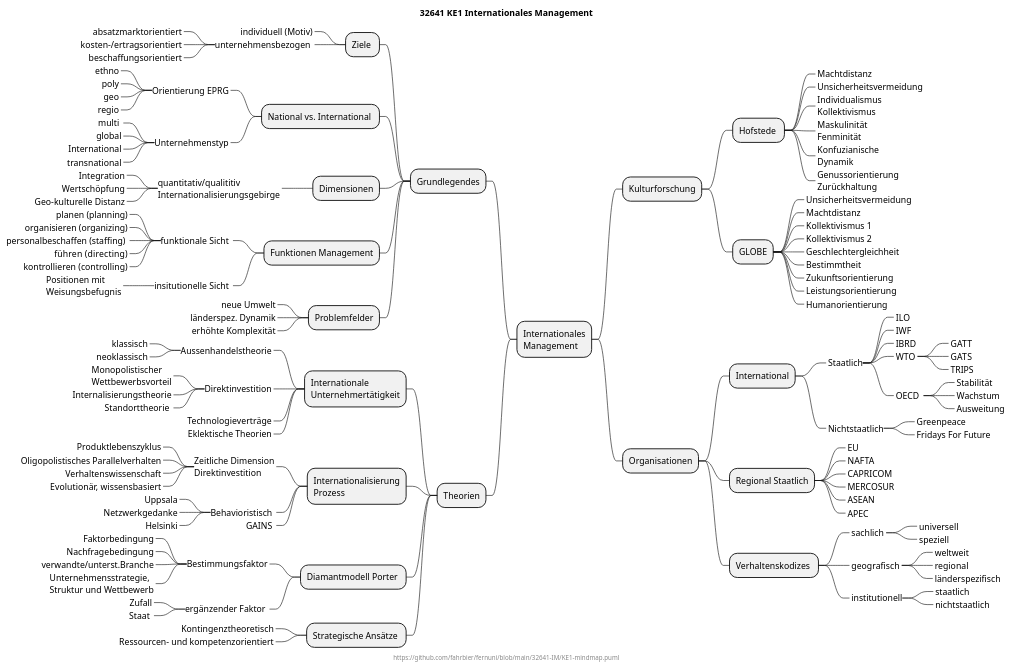
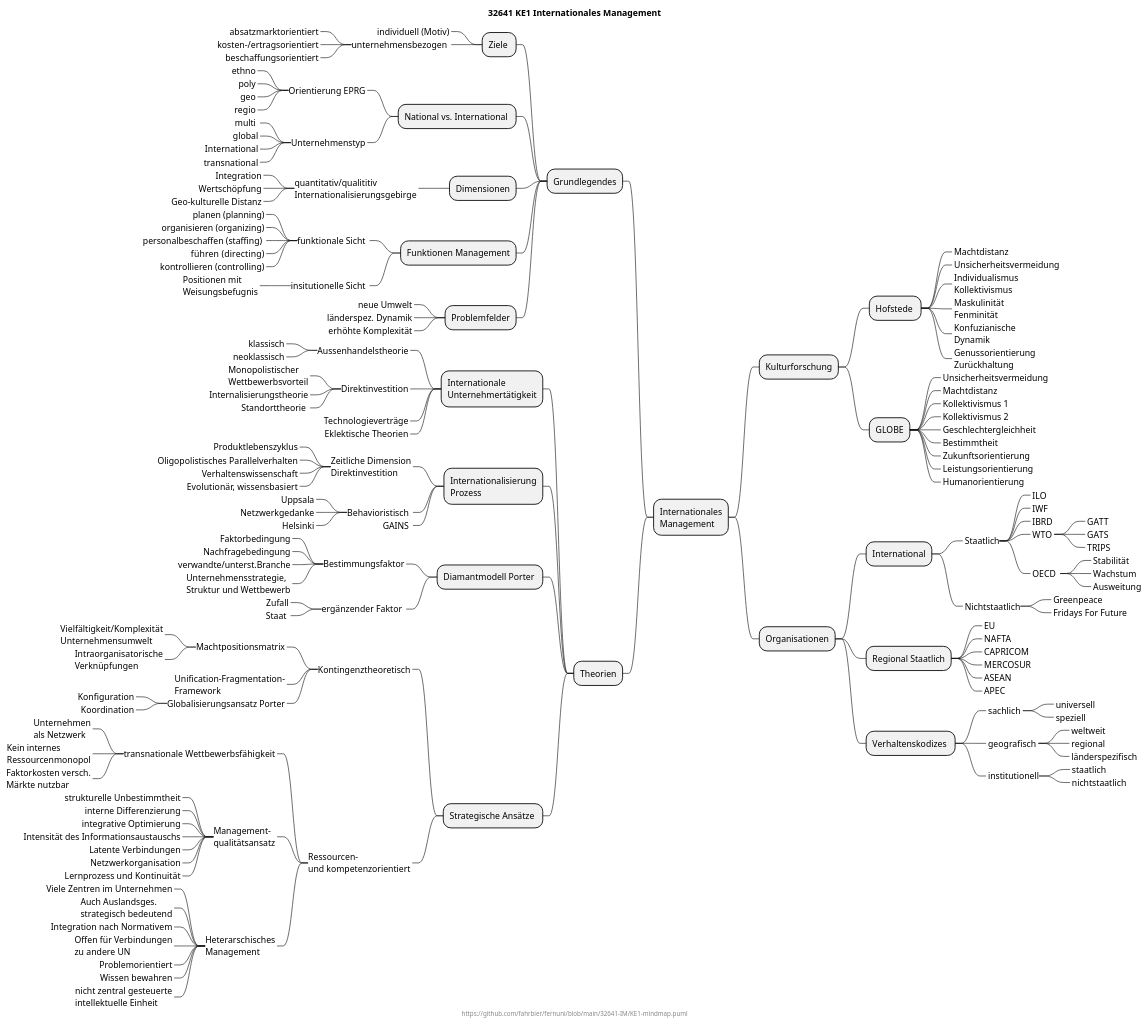
Before and after one commit to fahrbier/fernuni: the diagram in 32641-IM/KE1-mindmap.puml, drawn with PlantUML.

Commit message:
Strategische Ansaetze ausgearbeitet

```diff
--- a/32641-IM/KE1-mindmap.puml
+++ b/32641-IM/KE1-mindmap.puml
@@ -1,134 +1,161 @@
 @startmindmap
 title 32641 KE1 Internationales Management
 center footer https://github.com/fahrbier/fernuni/blob/main/32641-IM/KE1-mindmap.puml
 
 + Internationales\nManagement
 ++ Kulturforschung
 +++ Hofstede 
 ++++_ Machtdistanz
 ++++_ Unsicherheitsvermeidung
 ++++_ Individualismus\nKollektivismus
 ++++_ Maskulinität\nFenminität
 ++++_ Konfuzianische\nDynamik
 ++++_ Genussorientierung\nZurückhaltung
 +++ GLOBE
 ++++_ Unsicherheitsvermeidung
 ++++_ Machtdistanz
 ++++_ Kollektivismus 1
 ++++_ Kollektivismus 2
 ++++_ Geschlechtergleichheit
 ++++_ Bestimmtheit
 ++++_ Zukunftsorientierung
 ++++_ Leistungsorientierung
 ++++_ Humanorientierung
 ++ Organisationen
 +++ International
 ++++_ Staatlich
 +++++_ ILO 
 +++++_ IWF 
 +++++_ IBRD 
 +++++_ WTO 
 ++++++_ GATT 
 ++++++_ GATS  
 ++++++_ TRIPS 
 +++++_ OECD  
 ++++++_ Stabilität 
 ++++++_ Wachstum 
 ++++++_ Ausweitung 
 ++++_ Nichtstaatlich
 +++++_ Greenpeace
 +++++_ Fridays For Future 
 +++ Regional Staatlich
 ++++_ EU 
 ++++_ NAFTA 
 ++++_ CAPRICOM 
 ++++_ MERCOSUR
 ++++_ ASEAN 
 ++++_ APEC
 +++ Verhaltenskodizes 
 ++++_ sachlich 
 +++++_ universell
 +++++_ speziell
 
 ++++_ geografisch 
 +++++_ weltweit
 +++++_ regional
 +++++_ länderspezifisch
 
 ++++_ institutionell
 +++++_ staatlich 
 +++++_ nichtstaatlich
 
 
 -- Grundlegendes
 --- Ziele 
 ----_ individuell (Motiv)
 ----_ unternehmensbezogen 
 -----_ absatzmarktorientiert
 -----_ kosten-/ertragsorientiert
 -----_ beschaffungsorientiert
 --- National vs. International 
 ----_ Orientierung EPRG
 -----_ ethno
 -----_ poly
 -----_ geo
 -----_ regio
 ----_ Unternehmenstyp
 -----_ multi 
 -----_ global
 -----_ International
 -----_ transnational
 --- Dimensionen
 ----_ quantitativ/qualititiv\nInternationalisierungsgebirge
 -----_ Integration
 -----_ Wertschöpfung
 -----_ Geo-kulturelle Distanz
 --- Funktionen Management
 ----_ funktionale Sicht 
 -----_ planen (planning)
 -----_ organisieren (organizing)
 -----_ personalbeschaffen (staffing) 
 -----_ führen  (directing)
 -----_ kontrollieren (controlling)
 ----_ insitutionelle Sicht 
 -----_ Positionen mit\nWeisungsbefugnis
 --- Problemfelder
 ----_ neue Umwelt
 ----_ länderspez. Dynamik
 ----_ erhöhte Komplexität
 -- Theorien
 --- Internationale\nUnternehmertätigkeit
 ----_ Aussenhandelstheorie
 -----_ klassisch
 -----_ neoklassisch
 ----_ Direktinvestition
 -----_ Monopolistischer\nWettbewerbsvorteil
 -----_ Internalisierungstheorie
 -----_ Standorttheorie 
 ----_ Technologieverträge
 ----_ Eklektische Theorien
 --- Internationalisierung\nProzess 
 ----_ Zeitliche Dimension\nDirektinvestition 
 -----_ Produktlebenszyklus
 -----_ Oligopolistisches Parallelverhalten
 -----_ Verhaltenswissenschaft
 -----_ Evolutionär, wissensbasiert
 ----_ Behavioristisch 
 -----_ Uppsala
 -----_ Netzwerkgedanke
 -----_ Helsinki
 ----_ GAINS 
 --- Diamantmodell Porter 
 ----_ Bestimmungsfaktor
 -----_ Faktorbedingung
 -----_ Nachfragebedingung
 -----_ verwandte/unterst.Branche
 -----_ Unternehmensstrategie,\nStruktur und Wettbewerb
 ----_ ergänzender Faktor 
 -----_ Zufall
 -----_ Staat 
 --- Strategische Ansätze 
 ----_ Kontingenztheoretisch
-----_ Ressourcen- und kompetenzorientiert
+-----_ Machtpositionsmatrix
+------_ Vielfältigkeit/Komplexität\nUnternehmensumwelt
+------_ Intraorganisatorische\nVerknüpfungen
+-----_ Unification-Fragmentation-\nFramework
+-----_ Globalisierungsansatz Porter
+------_ Konfiguration
+------_ Koordination
 
+----_ Ressourcen-\nund kompetenzorientiert
+-----_ transnationale Wettbewerbsfähigkeit
+------_ Unternehmen\nals Netzwerk
+------_ Kein internes\nRessourcenmonopol
+------_ Faktorkosten versch.\nMärkte nutzbar
+-----_ Management-\nqualitätsansatz
+------_ strukturelle Unbestimmtheit
+------_ interne Differenzierung
+------_ integrative Optimierung
+------_ Intensität des Informationsaustauschs
+------_ Latente Verbindungen
+------_ Netzwerkorganisation
+------_ Lernprozess und Kontinuität
+-----_ Heterarschisches\nManagement
+------_ Viele Zentren im Unternehmen
+------_ Auch Auslandsges.\nstrategisch bedeutend
+------_ Integration nach Normativem
+------_ Offen für Verbindungen\nzu andere UN
+------_ Problemorientiert
+------_ Wissen bewahren
+------_ nicht zentral gesteuerte\nintellektuelle Einheit
 @endmindmap
```
